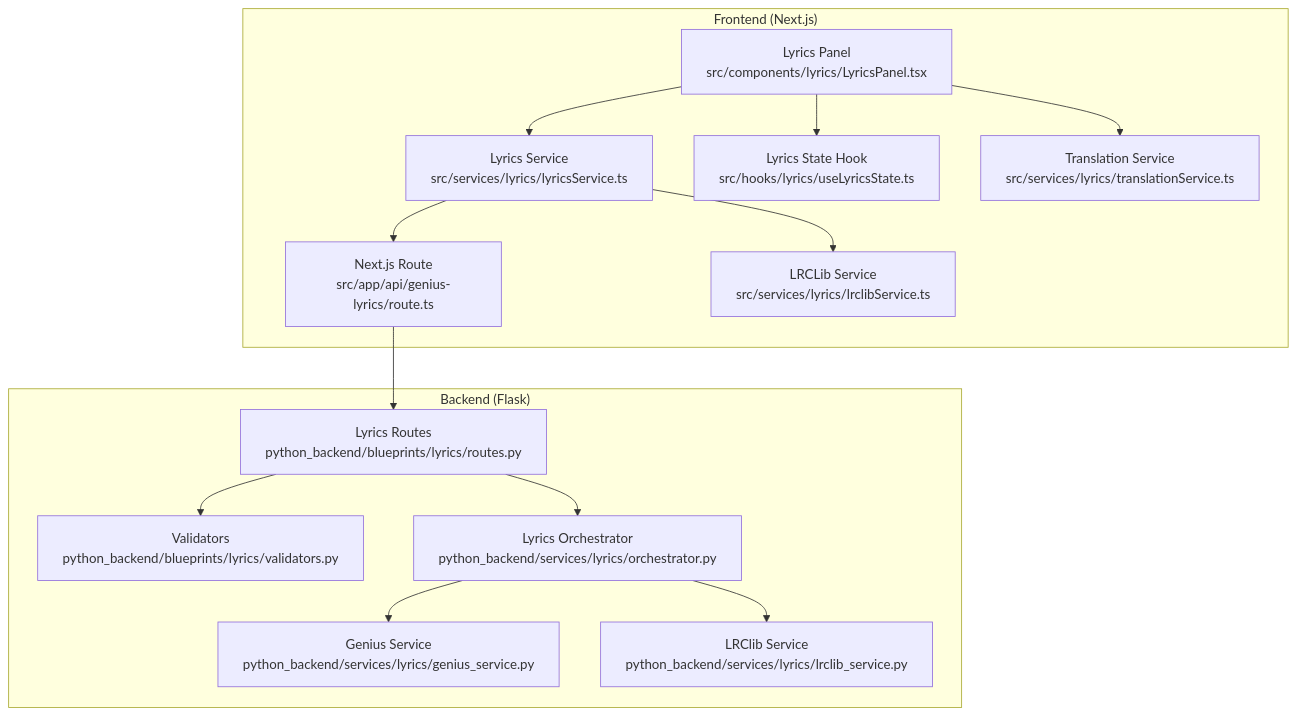
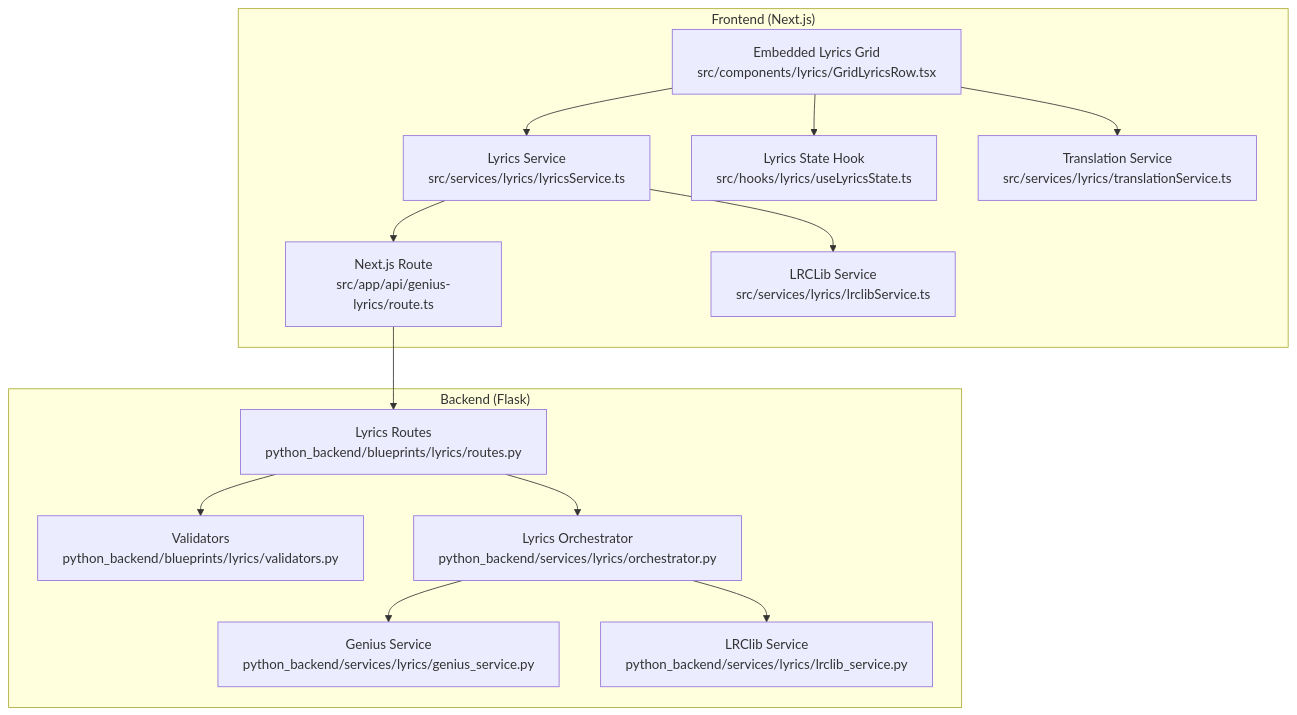
One commit to ptnghia-j/ChordMiniApp changed the first of 4 diagrams in .qoder/repowiki/en/content/Architecture and Design/Backend Architecture/Blueprint Organization/Lyrics Blueprint.md. Above: the diagram before and after it, drawn with Mermaid. The commit also changed other lines of this file and 60 other files, not shown here.

````diff
--- a/.qoder/repowiki/en/content/Architecture and Design/Backend Architecture/Blueprint Organization/Lyrics Blueprint.md
+++ b/.qoder/repowiki/en/content/Architecture and Design/Backend Architecture/Blueprint Organization/Lyrics Blueprint.md
@@ -47,28 +47,28 @@
 ```mermaid
 graph TB
 subgraph "Frontend (Next.js)"
 FE_Proxy["Next.js Route<br/>src/app/api/genius-lyrics/route.ts"]
 FE_Svc["Lyrics Service<br/>src/services/lyrics/lyricsService.ts"]
 FE_LRCLib["LRCLib Service<br/>src/services/lyrics/lrclibService.ts"]
-FE_Panel["Lyrics Panel<br/>src/components/lyrics/LyricsPanel.tsx"]
+FE_Panel["Embedded Lyrics Grid<br/>src/components/lyrics/GridLyricsRow.tsx"]
 FE_State["Lyrics State Hook<br/>src/hooks/lyrics/useLyricsState.ts"]
 FE_Trans["Translation Service<br/>src/services/lyrics/translationService.ts"]
 end
 subgraph "Backend (Flask)"
 BE_Routes["Lyrics Routes<br/>python_backend/blueprints/lyrics/routes.py"]
 BE_Validators["Validators<br/>python_backend/blueprints/lyrics/validators.py"]
 BE_Orchestrator["Lyrics Orchestrator<br/>python_backend/services/lyrics/orchestrator.py"]
 BE_Genius["Genius Service<br/>python_backend/services/lyrics/genius_service.py"]
 BE_LRClib["LRClib Service<br/>python_backend/services/lyrics/lrclib_service.py"]
 end
 FE_Proxy --> BE_Routes
 FE_Svc --> FE_Proxy
 FE_Svc --> FE_LRCLib
 FE_Panel --> FE_Svc
 FE_Panel --> FE_State
 FE_Panel --> FE_Trans
 BE_Routes --> BE_Validators
 BE_Routes --> BE_Orchestrator
 BE_Orchestrator --> BE_Genius
 BE_Orchestrator --> BE_LRClib
 ```
````
